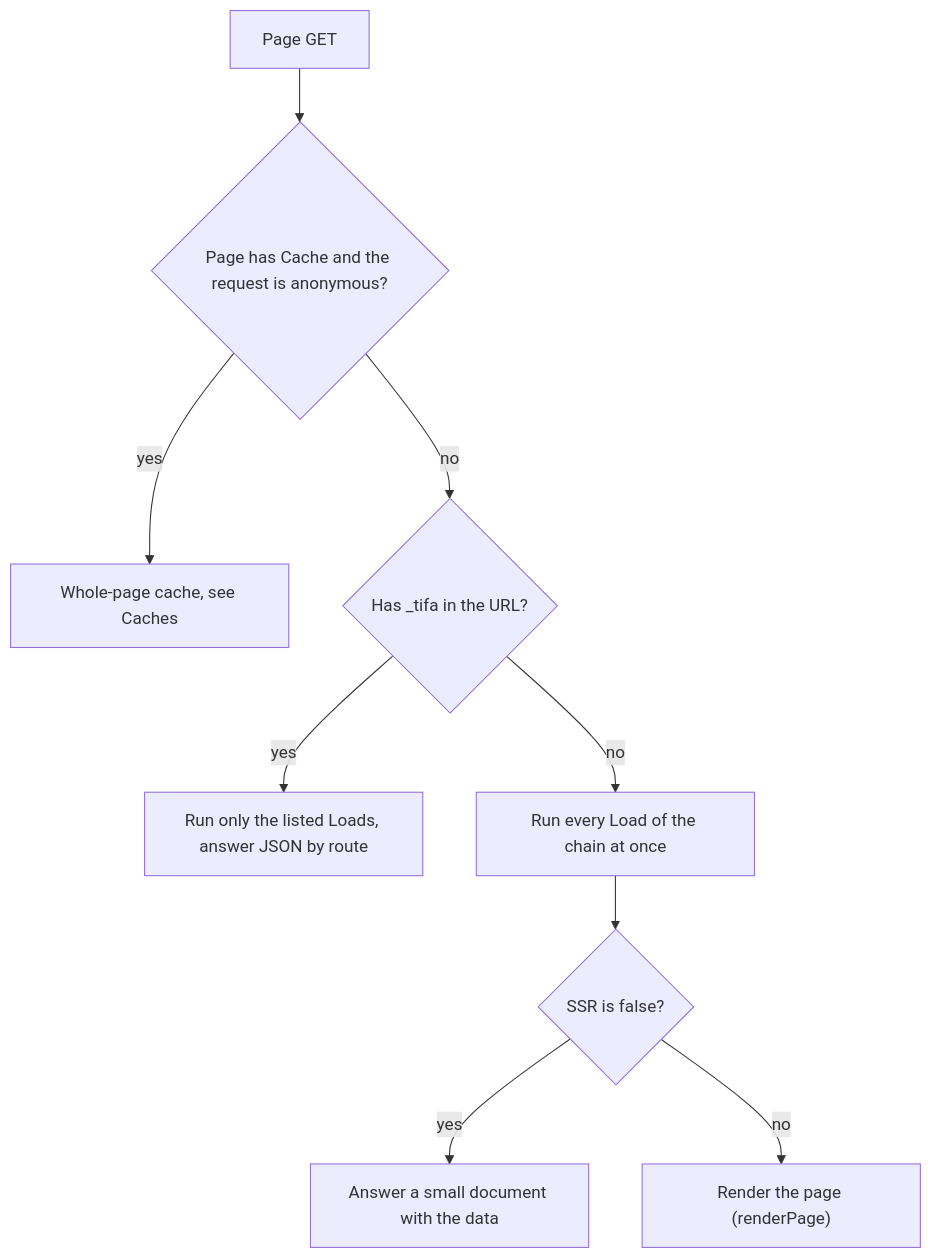
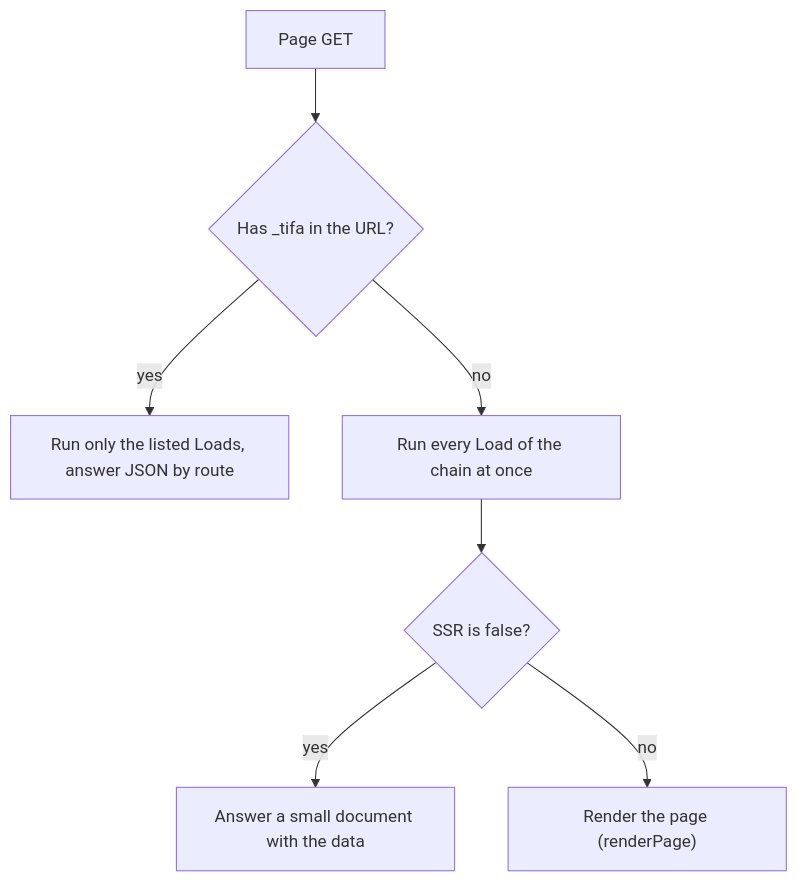
The third of 8 diagrams in docs/architecture.md (liustack/tifa), drawn with Mermaid before and after one commit. The commit also changed other lines of this file and 41 other files, not shown here.

````diff
--- a/docs/architecture.md
+++ b/docs/architecture.md
@@ -85,11 +85,9 @@
 ```mermaid
 flowchart TD
-  P["Page GET"] --> C{"Page has Cache and the request is anonymous?"}
-  C -- "yes" --> WP["Whole-page cache, see Caches"]
-  C -- "no" --> D{"Has _tifa in the URL?"}
+  P["Page GET"] --> D{"Has _tifa in the URL?"}
   D -- "yes" --> DR["Run only the listed Loads, answer JSON by route"]
   D -- "no" --> L["Run every Load of the chain at once"]
   L --> S{"SSR is false?"}
   S -- "yes" --> DO["Answer a small document with the data"]
   S -- "no" --> RP["Render the page (renderPage)"]
 ```
````
